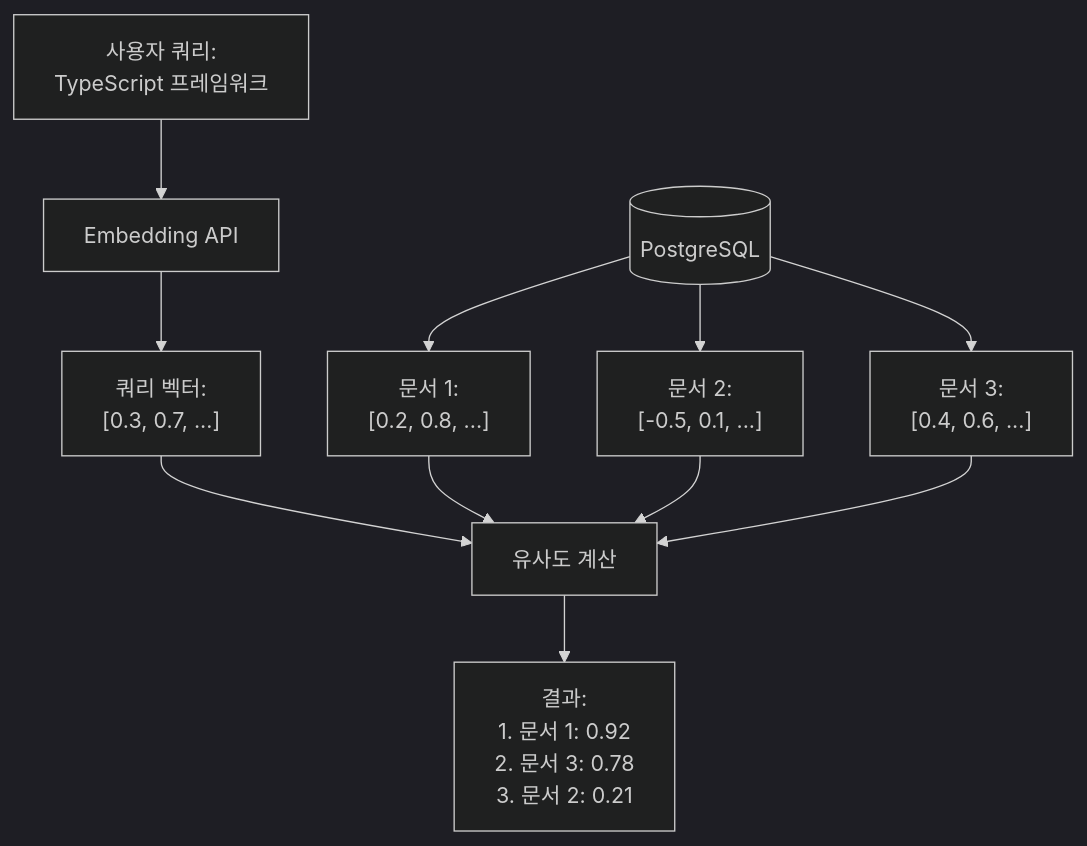
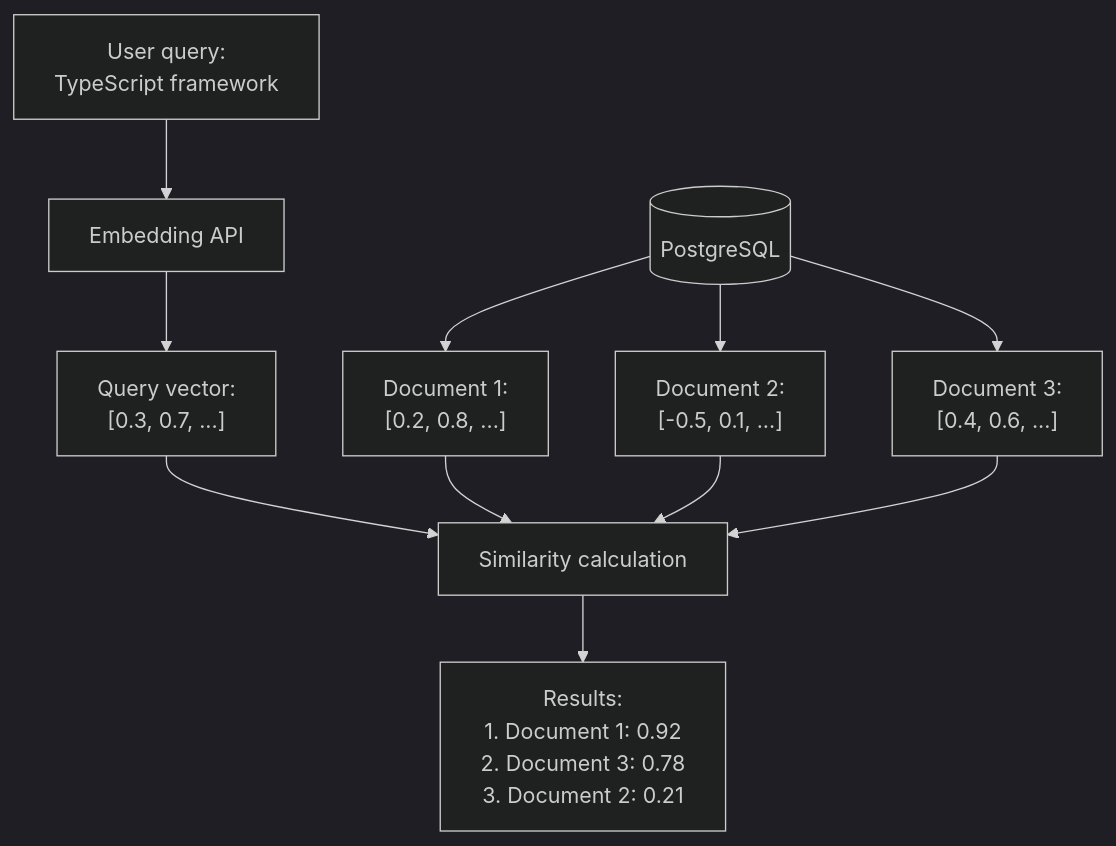
Before and after one commit to cartanova-ai/sonamu: the diagram in modules/docs/en/advanced-features/vector-search/vector-search.mdx, drawn with Mermaid (dark theme). The commit also changed other lines of this file and 86 other files, not shown here.

````diff
--- a/modules/docs/en/advanced-features/vector-search/vector-search.mdx
+++ b/modules/docs/en/advanced-features/vector-search/vector-search.mdx
@@ -27,16 +27,16 @@
 ```mermaid
 flowchart TD
-    Q["사용자 쿼리:<br/>TypeScript 프레임워크"] --> E[Embedding API]
-    E --> QV["쿼리 벡터:<br/>[0.3, 0.7, ...]"]
-    
-    DB[(PostgreSQL)] --> D1["문서 1:<br/>[0.2, 0.8, ...]"]
-    DB --> D2["문서 2:<br/>[-0.5, 0.1, ...]"]
-    DB --> D3["문서 3:<br/>[0.4, 0.6, ...]"]
-    
-    QV --> S[유사도 계산]
+    Q["User query:<br/>TypeScript framework"] --> E[Embedding API]
+    E --> QV["Query vector:<br/>[0.3, 0.7, ...]"]
+
+    DB[(PostgreSQL)] --> D1["Document 1:<br/>[0.2, 0.8, ...]"]
+    DB --> D2["Document 2:<br/>[-0.5, 0.1, ...]"]
+    DB --> D3["Document 3:<br/>[0.4, 0.6, ...]"]
+
+    QV --> S[Similarity calculation]
     D1 --> S
     D2 --> S
     D3 --> S
-    
-    S --> R["결과:<br/>1. 문서 1: 0.92<br/>2. 문서 3: 0.78<br/>3. 문서 2: 0.21"]
+
+    S --> R["Results:<br/>1. Document 1: 0.92<br/>2. Document 3: 0.78<br/>3. Document 2: 0.21"]
 ```
````
